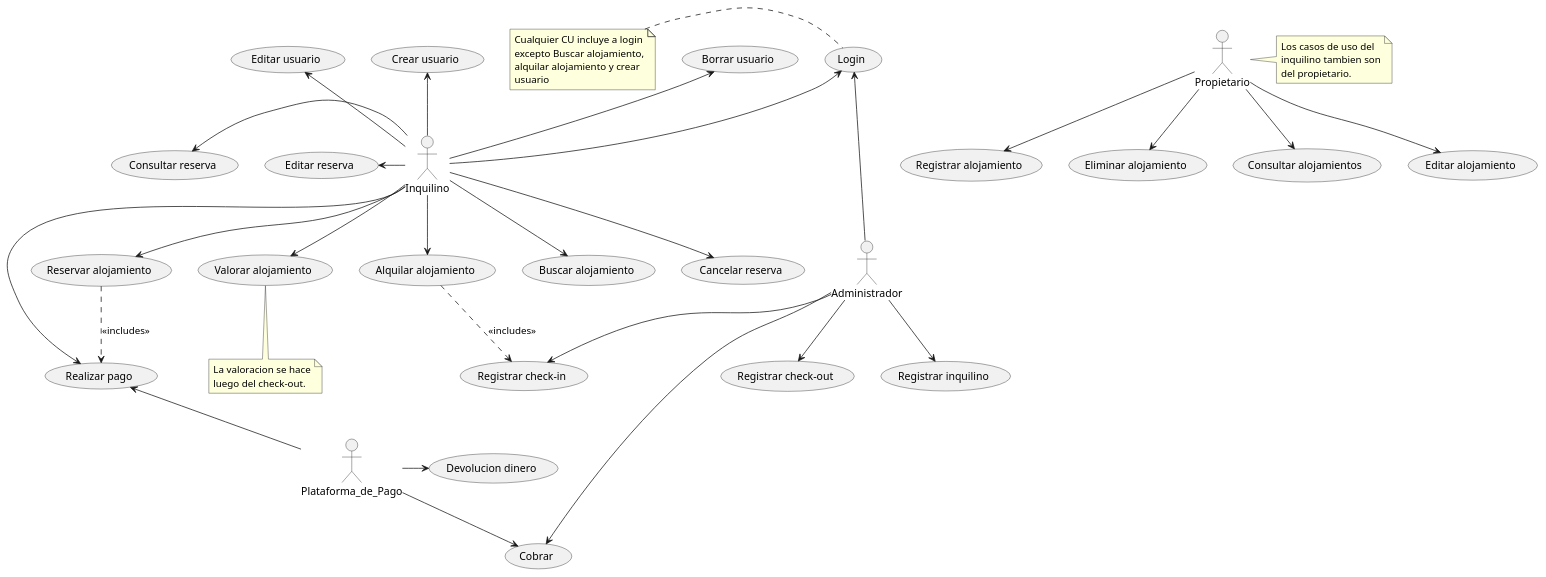
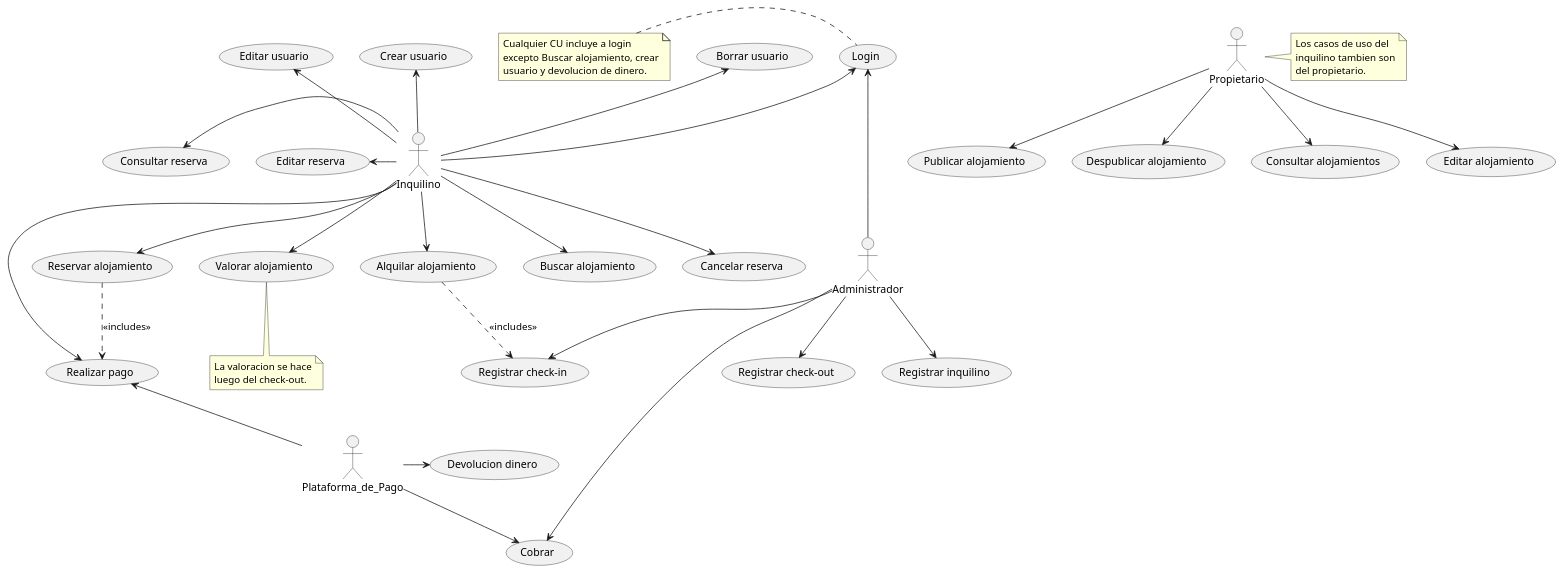
One commit to franciscolmos/IS1-EasyHome changed the diagram in Diagrama_CU/Diagrama_CU.puml. Above: the diagram before and after it, drawn with PlantUML. The commit also changed 13 other files, not shown here.

```diff
--- a/Diagrama_CU/Diagrama_CU.puml
+++ b/Diagrama_CU/Diagrama_CU.puml
@@ -1,55 +1,54 @@
 @startuml Diagrama_CU
 actor Inquilino
 Inquilino -up-> (Crear usuario)
 Inquilino -up-> (Editar usuario)
 Inquilino -up-> (Borrar usuario)
 Inquilino -up-> (Login)
 Inquilino -left-> (Consultar reserva)
 Inquilino -left-> (Editar reserva)
 Inquilino -down-> (Valorar alojamiento)
 Inquilino -down-> (Buscar alojamiento)
 Inquilino -down-> (Alquilar alojamiento)
 Inquilino -down-> (Reservar alojamiento)
 Inquilino -right-> (Realizar pago)
 Inquilino --> (Cancelar reserva)
 
 (Alquilar alojamiento) ..> (Registrar check-in) : <<includes>>
 (Reservar alojamiento) ..> (Realizar pago): <<includes>>
 
 actor Propietario
-Propietario --> (Registrar alojamiento)
-Propietario --> (Eliminar alojamiento)
+Propietario --> (Publicar alojamiento)
+Propietario --> (Despublicar alojamiento)
 Propietario --> (Consultar alojamientos)
 Propietario --> (Editar alojamiento)
 
 actor Administrador
 Administrador --> (Registrar check-in)
 Administrador --> (Registrar check-out)
 Administrador --> (Registrar inquilino)
 Administrador --> (Cobrar)
 Administrador -up-> (Login)
 
 actor Plataforma_de_Pago
 Plataforma_de_Pago -up-> (Realizar pago)
 Plataforma_de_Pago -right-> (Devolucion dinero)
 Plataforma_de_Pago --> (Cobrar)
 
 note right of (Propietario)
   Los casos de uso del
   inquilino tambien son
   del propietario. 
 end note
 
 note bottom of (Valorar alojamiento)
   La valoracion se hace
   luego del check-out.
 end note
 
 note left of (Login)
   Cualquier CU incluye a login
-  excepto Buscar alojamiento,
-  alquilar alojamiento y crear
-  usuario
+  excepto Buscar alojamiento, crear
+  usuario y devolucion de dinero.
 end note
 
 @enduml
```
